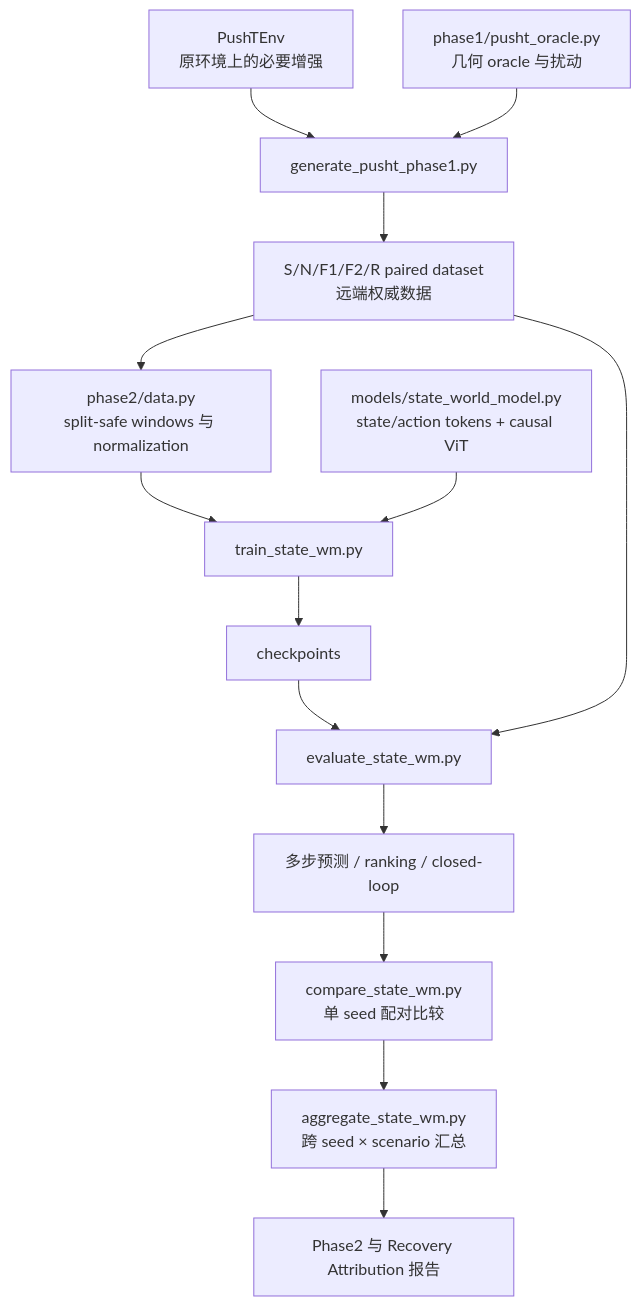
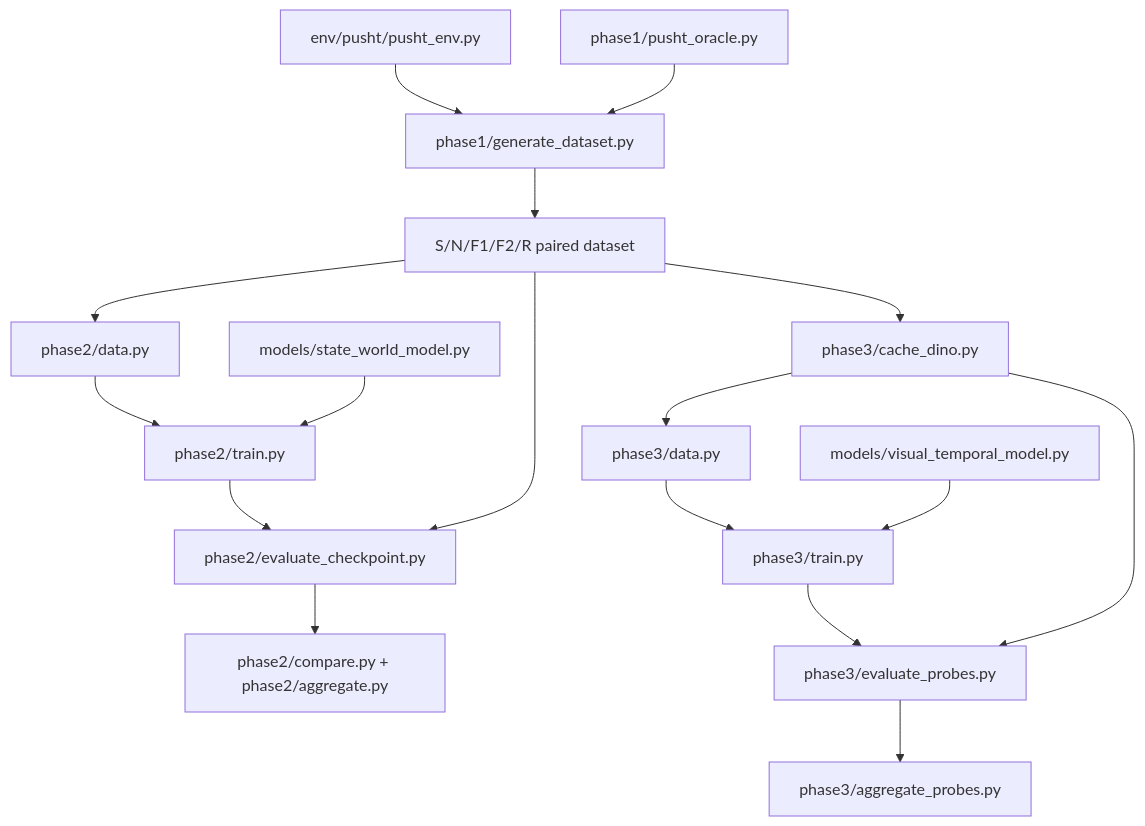
Before and after one commit to MoliaiELS/dino_wm: the diagram in IMPLEMENTATION_OVERVIEW.md, drawn with Mermaid. The commit also changed other lines of this file and 18 other files, not shown here.

````diff
--- a/IMPLEMENTATION_OVERVIEW.md
+++ b/IMPLEMENTATION_OVERVIEW.md
@@ -41,16 +50,19 @@
 ```mermaid
 flowchart TD
-    A[PushTEnv\n原环境上的必要增强] --> B[generate_pusht_phase1.py]
-    O[phase1/pusht_oracle.py\n几何 oracle 与扰动] --> B
-    B --> D[S/N/F1/F2/R paired dataset\n远端权威数据]
-    D --> L[phase2/data.py\nsplit-safe windows 与 normalization]
-    L --> T[train_state_wm.py]
-    M[models/state_world_model.py\nstate/action tokens + causal ViT] --> T
-    T --> C[checkpoints]
-    C --> E[evaluate_state_wm.py]
-    D --> E
-    E --> P[多步预测 / ranking / closed-loop]
-    P --> S[compare_state_wm.py\n单 seed 配对比较]
-    S --> G[aggregate_state_wm.py\n跨 seed × scenario 汇总]
-    G --> R[Phase2 与 Recovery Attribution 报告]
+    E[env/pusht/pusht_env.py] --> G[phase1/generate_dataset.py]
+    O[phase1/pusht_oracle.py] --> G
+    G --> D[S/N/F1/F2/R paired dataset]
+    D --> A1[phase2/data.py]
+    A1 --> A2[phase2/train.py]
+    M1[models/state_world_model.py] --> A2
+    A2 --> A3[phase2/evaluate_checkpoint.py]
+    D --> A3
+    A3 --> A4[phase2/compare.py + phase2/aggregate.py]
+    D --> C[phase3/cache_dino.py]
+    C --> V1[phase3/data.py]
+    V1 --> V2[phase3/train.py]
+    M2[models/visual_temporal_model.py] --> V2
+    V2 --> V3[phase3/evaluate_probes.py]
+    C --> V3
+    V3 --> V4[phase3/aggregate_probes.py]
 ```
````
